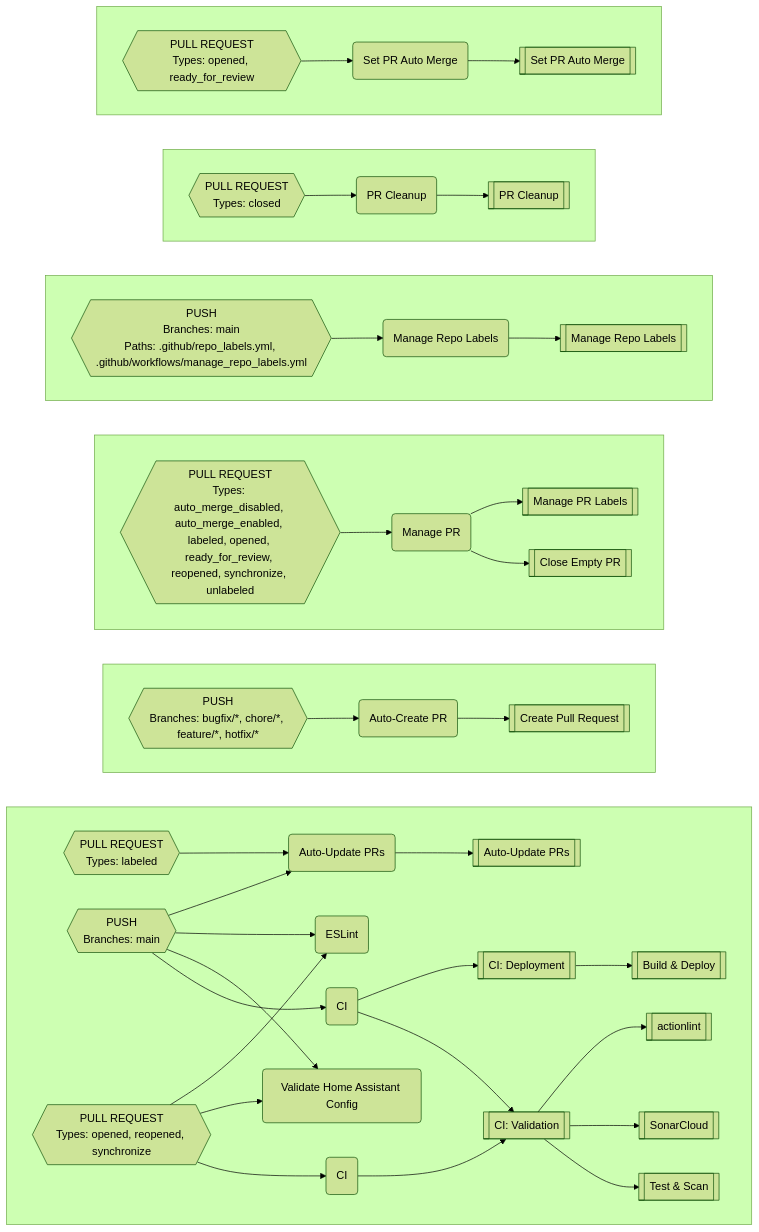
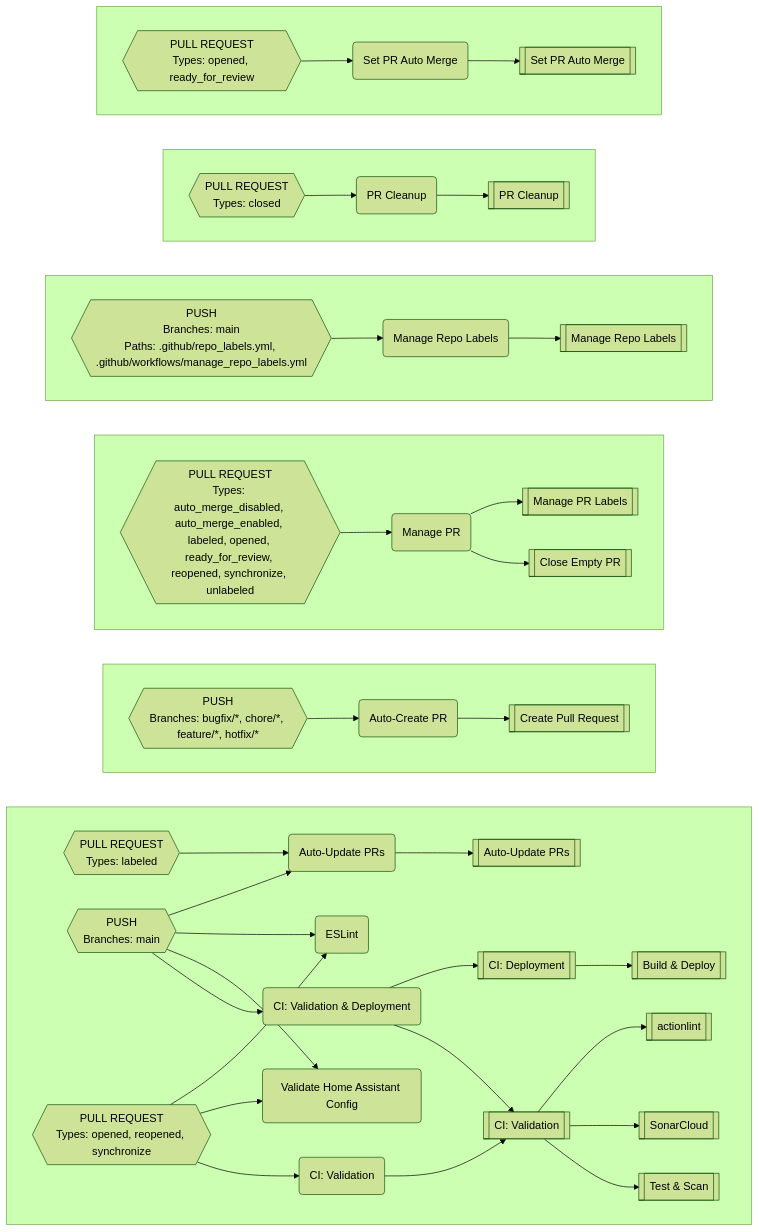
The diagram in README.md (worgarside/github-config-files), drawn with Mermaid (forest theme) before and after one commit. The commit also changed 2 other files, not shown here.

Commit message:
Update names

```diff
--- a/README.md
+++ b/README.md
@@ -449,11 +449,11 @@
 "}}
 BY("ESLint")
 CC("Validate Home Assistant Config")
-CH("CI")
+CH("CI: Validation & Deployment")
 CJ{{"PUSH
 Branches: main
 "}}
-CM("CI")
+CM("CI: Validation")
 CO{{"PULL REQUEST
 Types: opened, reopened, synchronize
 "}}
```
